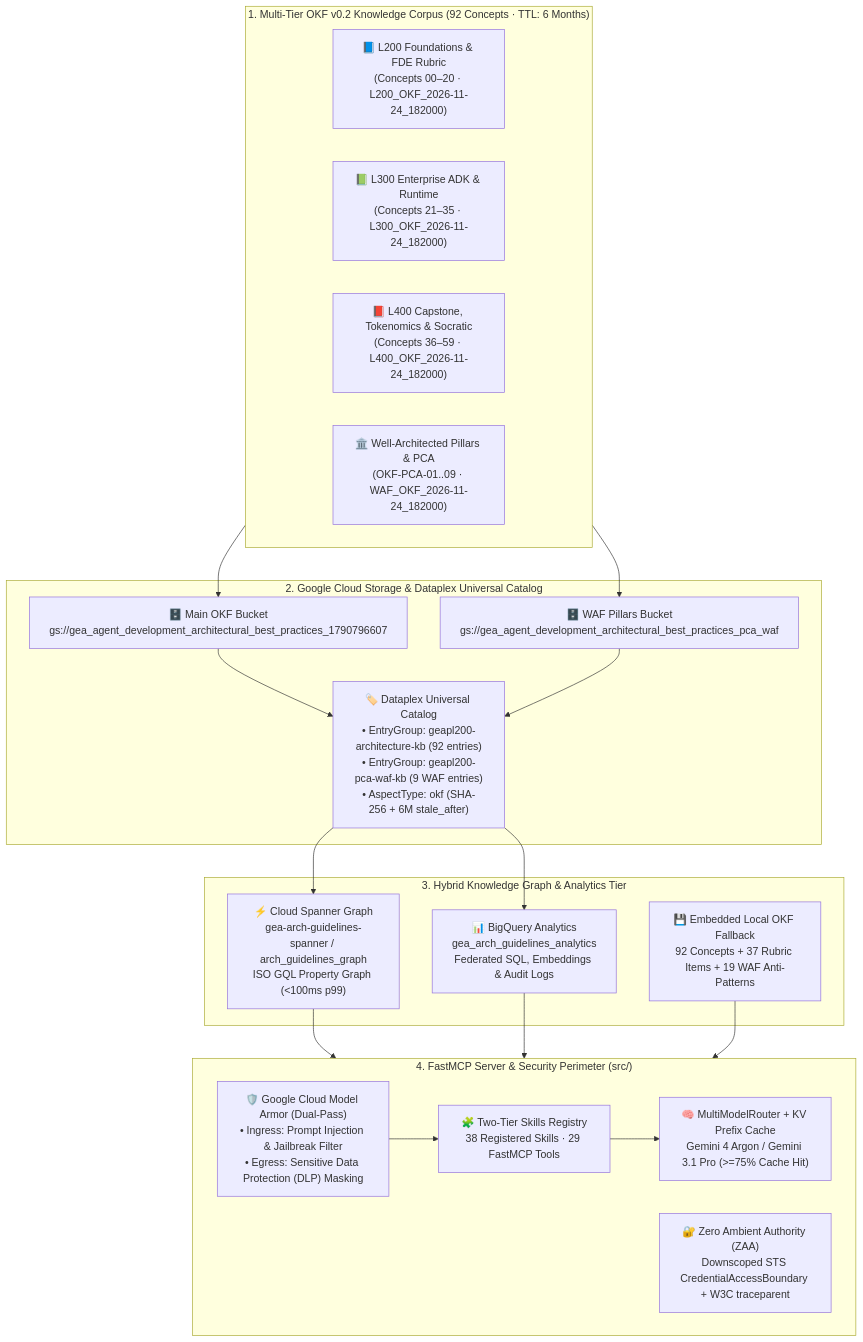
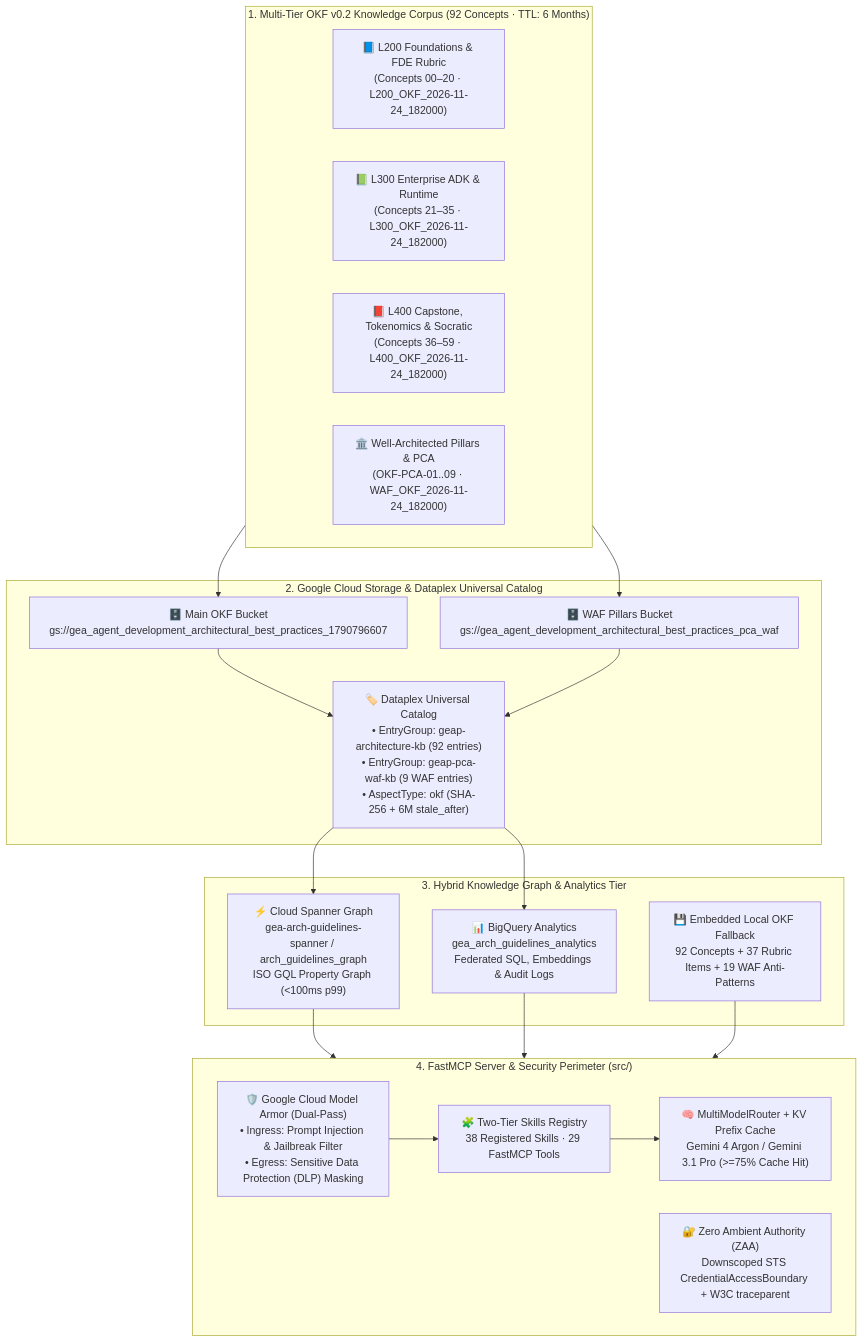
One commit to prdmohangoogley/gea-agents-arch-guidelines-mcp-server changed the diagram in docs/01_MCP_SERVER_DOCUMENTATION.md. Above: the diagram before and after it, drawn with Mermaid. The commit also changed other lines of this file and 25 other files, not shown here.

````diff
--- a/docs/01_MCP_SERVER_DOCUMENTATION.md
+++ b/docs/01_MCP_SERVER_DOCUMENTATION.md
@@ -17,34 +17,34 @@
 ```mermaid
 flowchart TB
     subgraph Corpus["1. Multi-Tier OKF v0.2 Knowledge Corpus (92 Concepts · TTL: 6 Months)"]
         L200["📘 L200 Foundations & FDE Rubric\n(Concepts 00–20 · L200_OKF_2026-11-24_182000)"]
         L300["📗 L300 Enterprise ADK & Runtime\n(Concepts 21–35 · L300_OKF_2026-11-24_182000)"]
         L400["📕 L400 Capstone, Tokenomics & Socratic\n(Concepts 36–59 · L400_OKF_2026-11-24_182000)"]
         WAF["🏛️ Well-Architected Pillars & PCA\n(OKF-PCA-01..09 · WAF_OKF_2026-11-24_182000)"]
     end
 
     subgraph CloudStorage["2. Google Cloud Storage & Dataplex Universal Catalog"]
         GCS1["🗄️ Main OKF Bucket\ngs://gea_agent_development_architectural_best_practices_1790796607"]
         GCS2["🗄️ WAF Pillars Bucket\ngs://gea_agent_development_architectural_best_practices_pca_waf"]
-        DP["🏷️ Dataplex Universal Catalog\n• EntryGroup: geapl200-architecture-kb (92 entries)\n• EntryGroup: geapl200-pca-waf-kb (9 WAF entries)\n• AspectType: okf (SHA-256 + 6M stale_after)"]
+        DP["🏷️ Dataplex Universal Catalog\n• EntryGroup: geap-architecture-kb (92 entries)\n• EntryGroup: geap-pca-waf-kb (9 WAF entries)\n• AspectType: okf (SHA-256 + 6M stale_after)"]
     end
 
     subgraph HybridGraph["3. Hybrid Knowledge Graph & Analytics Tier"]
         SPANNER["⚡ Cloud Spanner Graph\ngea-arch-guidelines-spanner / arch_guidelines_graph\nISO GQL Property Graph (<100ms p99)"]
         BQ["📊 BigQuery Analytics\ngea_arch_guidelines_analytics\nFederated SQL, Embeddings & Audit Logs"]
         CACHE["💾 Embedded Local OKF Fallback\n92 Concepts + 37 Rubric Items + 19 WAF Anti-Patterns"]
     end
 
     subgraph MCPServer["4. FastMCP Server & Security Perimeter (src/)"]
         MA["🛡️ Google Cloud Model Armor (Dual-Pass)\n• Ingress: Prompt Injection & Jailbreak Filter\n• Egress: Sensitive Data Protection (DLP) Masking"]
         ZAA["🔐 Zero Ambient Authority (ZAA)\nDownscoped STS CredentialAccessBoundary + W3C traceparent"]
         REG["🧩 Two-Tier Skills Registry\n38 Registered Skills · 29 FastMCP Tools"]
         ROUTER["🧠 MultiModelRouter + KV Prefix Cache\nGemini 4 Argon / Gemini 3.1 Pro (>=75% Cache Hit)"]
     end
 
     Corpus --> GCS1 & GCS2
     GCS1 & GCS2 --> DP
     DP --> SPANNER & BQ
     SPANNER & BQ & CACHE --> MCPServer
     MA --> REG --> ROUTER
 ```
````
